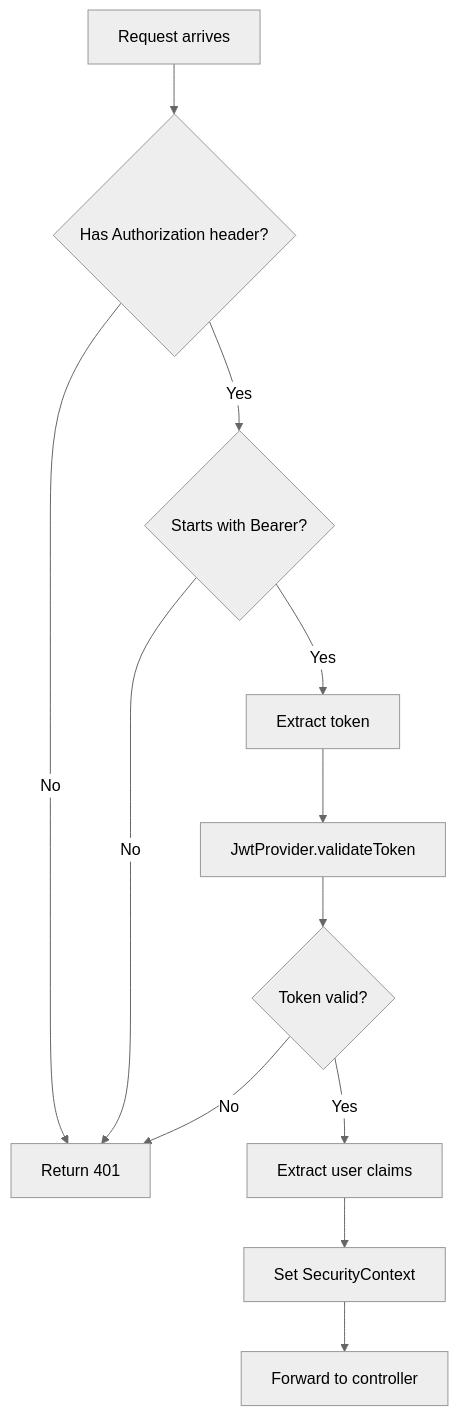
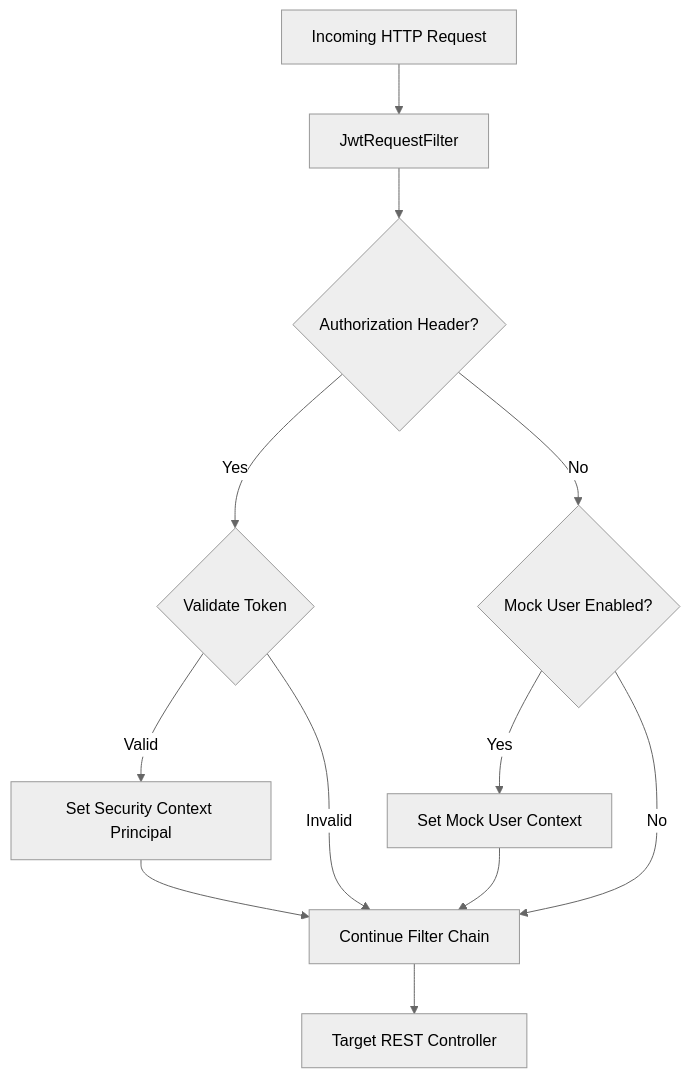
Before and after one commit to 123suraj-sky/DevOps-Suite: the first of 3 diagrams in docs/05-lld-detailed-design.md, drawn with Mermaid (neutral theme). The commit also changed other lines of this file and 116 other files, not shown here.

First line of the commit message:
refactor: convert microservices to monolithic architecture

````diff
--- a/docs/05-lld-detailed-design.md
+++ b/docs/05-lld-detailed-design.md
@@ -96,14 +21,17 @@
 ```mermaid
 flowchart TD
-    A[Request arrives] --> B{Has Authorization header?}
-    B -->|No| C[Return 401]
-    B -->|Yes| D{Starts with Bearer?}
-    D -->|No| C
-    D -->|Yes| E[Extract token]
-    E --> F[JwtProvider.validateToken]
-    F --> G{Token valid?}
-    G -->|No| C
-    G -->|Yes| H[Extract user claims]
-    H --> I[Set SecurityContext]
-    I --> J[Forward to controller]
+    Req[Incoming HTTP Request] --> Filter[JwtRequestFilter]
+    Filter --> HasToken{Authorization Header?}
+    HasToken -->|Yes| Validate{Validate Token}
+    HasToken -->|No| CheckMock{Mock User Enabled?}
+    
+    Validate -->|Valid| SetAuth[Set Security Context Principal]
+    Validate -->|Invalid| Chain[Continue Filter Chain]
+    
+    CheckMock -->|Yes| SetMock[Set Mock User Context]
+    CheckMock -->|No| Chain
+    
+    SetAuth --> Chain
+    SetMock --> Chain
+    Chain --> Controller[Target REST Controller]
 ```
````
